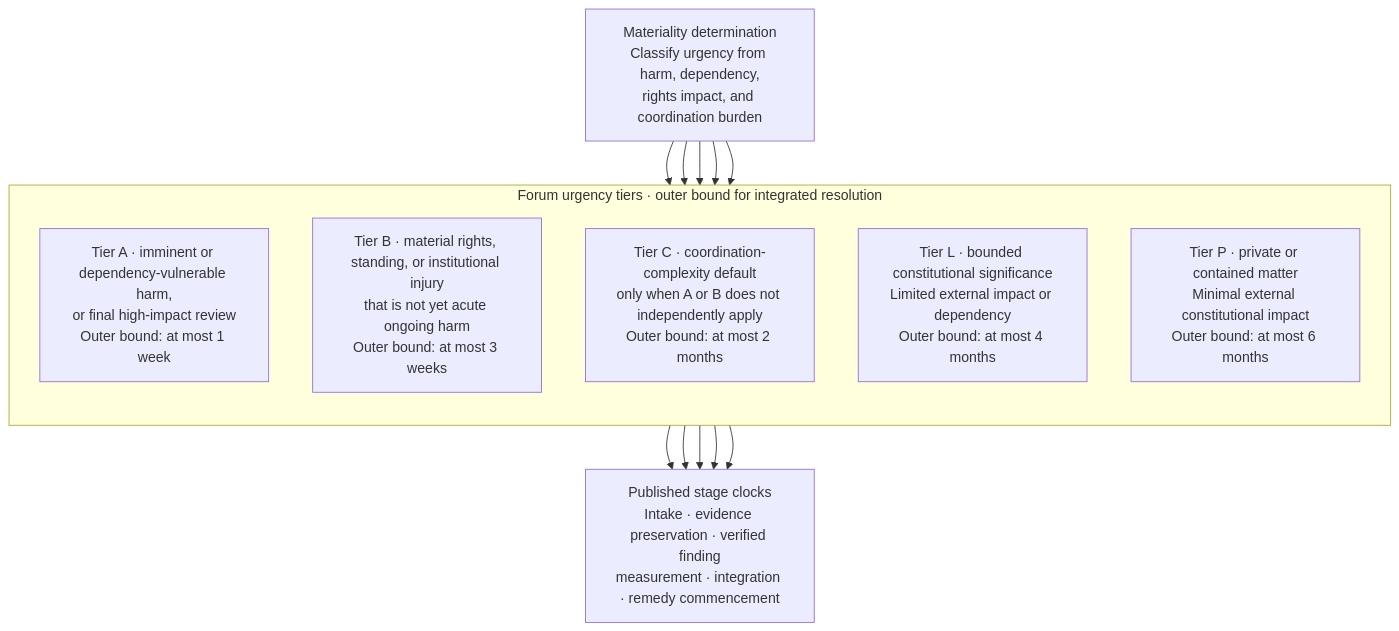
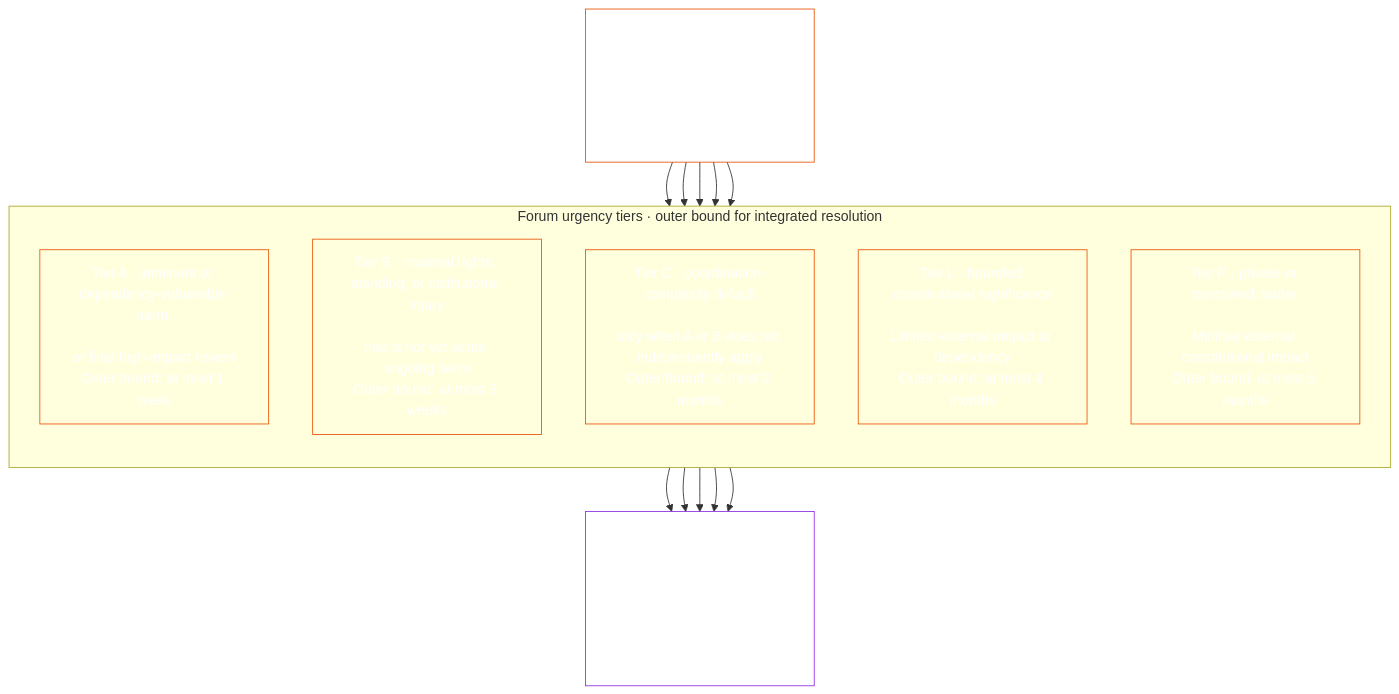
Before and after one commit to kfoelsch/Sentient_Constitution: diagram 16 of 20 in CONCEPTUAL_OVERVIEW.md, drawn with Mermaid. The commit also changed other lines of this file and 22 other files, not shown here.

````diff
--- a/CONCEPTUAL_OVERVIEW.md
+++ b/CONCEPTUAL_OVERVIEW.md
@@ -689,23 +810,30 @@
 ```mermaid
 flowchart TB
-    M["Materiality determination<br/>Classify urgency from harm, dependency,<br/>rights impact, and coordination burden"]
+    M["Materiality determination<br/><br/>Classify urgency from harm, dependency,<br/>rights impact, and coordination burden"]
     subgraph Tiers["Forum urgency tiers · outer bound for integrated resolution"]
         direction TB
-        A["Tier A · imminent or dependency-vulnerable harm,<br/>or final high-impact review<br/>Outer bound: at most 1 week"]
-        B["Tier B · material rights, standing, or institutional injury<br/>that is not yet acute ongoing harm<br/>Outer bound: at most 3 weeks"]
-        C["Tier C · coordination-complexity default<br/>only when A or B does not independently apply<br/>Outer bound: at most 2 months"]
-        L["Tier L · bounded constitutional significance<br/>Limited external impact or dependency<br/>Outer bound: at most 4 months"]
-        P["Tier P · private or contained matter<br/>Minimal external constitutional impact<br/>Outer bound: at most 6 months"]
+        A["Tier A · imminent or dependency-vulnerable harm,<br/><br/>or final high-impact review<br/>Outer bound: at most 1 week"]
+        B["Tier B · material rights, standing, or institutional injury<br/><br/>that is not yet acute ongoing harm<br/>Outer bound: at most 3 weeks"]
+        C["Tier C · coordination-complexity default<br/><br/>only when A or B does not independently apply<br/>Outer bound: at most 2 months"]
+        L["Tier L · bounded constitutional significance<br/><br/>Limited external impact or dependency<br/>Outer bound: at most 4 months"]
+        P["Tier P · private or contained matter<br/><br/>Minimal external constitutional impact<br/>Outer bound: at most 6 months"]
     end
-    Clock["Published stage clocks<br/>Intake · evidence preservation · verified finding<br/>measurement · integration · remedy commencement"]
+    Clock["Published stage clocks<br/><br/>Intake · evidence preservation · verified finding<br/>measurement · integration · remedy commencement"]
     M --> A
     M --> B
     M --> C
     M --> L
     M --> P
     A --> Clock
     B --> Clock
     C --> Clock
     L --> Clock
     P --> Clock
+    style M fill:none,stroke:#ea580c,color:#ffffff
+    style A fill:none,stroke:#ea580c,color:#ffffff
+    style B fill:none,stroke:#ea580c,color:#ffffff
+    style C fill:none,stroke:#ea580c,color:#ffffff
+    style L fill:none,stroke:#ea580c,color:#ffffff
+    style P fill:none,stroke:#ea580c,color:#ffffff
+    style Clock fill:none,stroke:#9333ea,color:#ffffff
 ```
````
